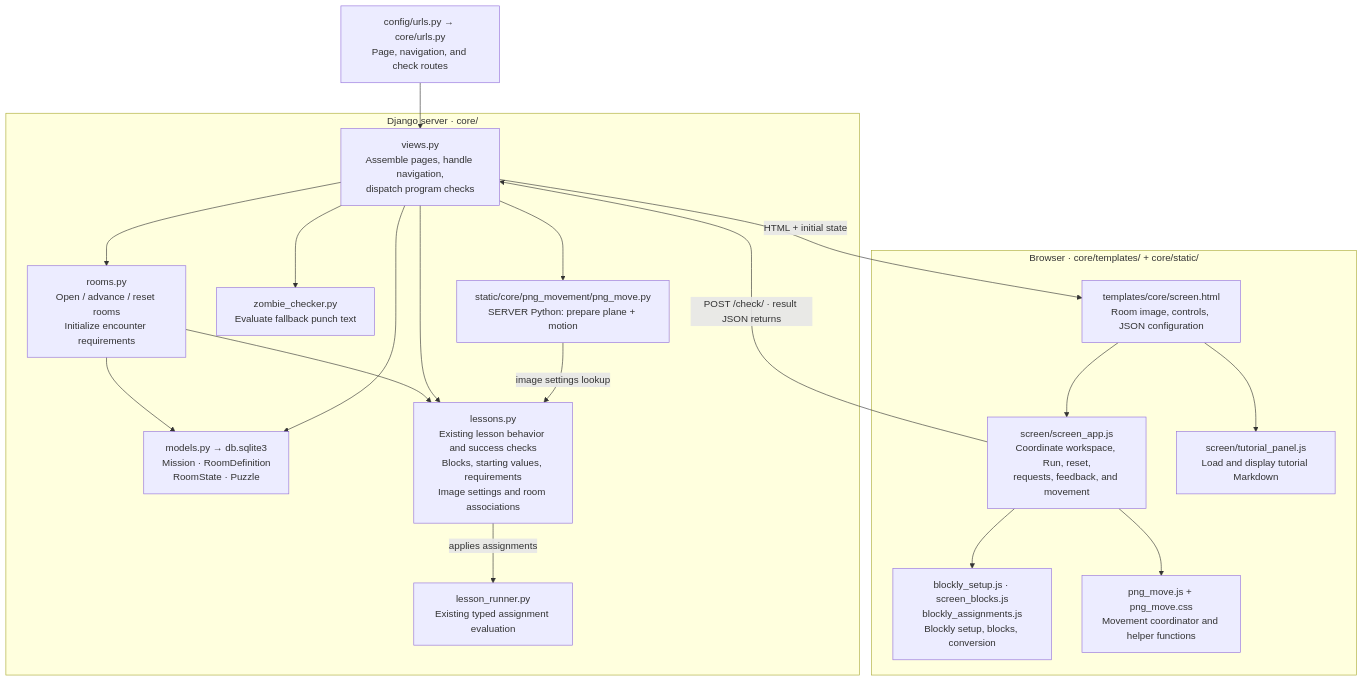
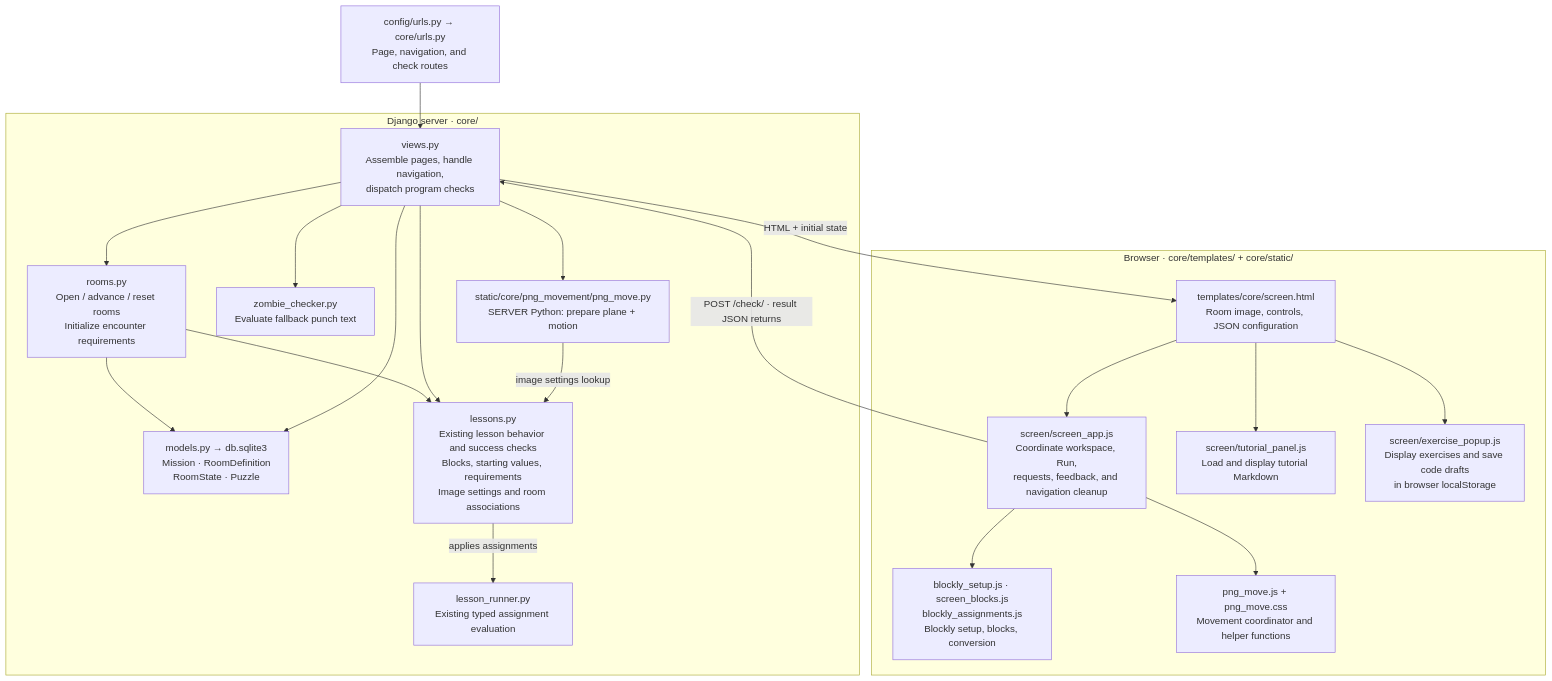
The first of 3 diagrams in project/docs/architecture.md (UCCS-CS4300-5300/group3-fall2026), drawn with Mermaid before and after one commit. The commit also changed other lines of this file and 21 other files, not shown here.

````diff
--- a/project/docs/architecture.md
+++ b/project/docs/architecture.md
@@ -9,39 +9,41 @@
 ```mermaid
 flowchart TB
     URL["config/urls.py → core/urls.py<br/>Page, navigation, and check routes"]
 
     subgraph SERVER["Django server · core/"]
         VIEW["views.py<br/>Assemble pages, handle navigation,<br/>dispatch program checks"]
         ROOM["rooms.py<br/>Open / advance / reset rooms<br/>Initialize encounter requirements"]
         MODEL["models.py → db.sqlite3<br/>Mission · RoomDefinition<br/>RoomState · Puzzle"]
         LESSON["lessons.py<br/>Existing lesson behavior and success checks<br/>Blocks, starting values, requirements<br/>Image settings and room associations"]
         RUNNER["lesson_runner.py<br/>Existing typed assignment evaluation"]
         PUNCH["zombie_checker.py<br/>Evaluate fallback punch text"]
         PLANE["static/core/png_movement/png_move.py<br/>SERVER Python: prepare plane + motion"]
     end
 
     subgraph CLIENT["Browser · core/templates/ + core/static/"]
         PAGE["templates/core/screen.html<br/>Room image, controls, JSON configuration"]
-        APP["screen/screen_app.js<br/>Coordinate workspace, Run, reset,<br/>requests, feedback, and movement"]
+        APP["screen/screen_app.js<br/>Coordinate workspace, Run,<br/>requests, feedback, and navigation cleanup"]
         BLOCK["blockly_setup.js · screen_blocks.js<br/>blockly_assignments.js<br/>Blockly setup, blocks, conversion"]
         MOVE["png_move.js + png_move.css<br/>Movement coordinator and helper functions"]
         TUTORIAL["screen/tutorial_panel.js<br/>Load and display tutorial Markdown"]
+        EXERCISE["screen/exercise_popup.js<br/>Display exercises and save code drafts<br/>in browser localStorage"]
     end
 
     URL --> VIEW
     VIEW --> ROOM
     ROOM --> MODEL
     ROOM --> LESSON
     VIEW --> MODEL
     VIEW --> LESSON
     LESSON -->|"applies assignments"| RUNNER
     VIEW --> PUNCH
     VIEW --> PLANE
     PLANE -->|"image settings lookup"| LESSON
     VIEW -->|"HTML + initial state"| PAGE
     PAGE --> APP
     PAGE --> TUTORIAL
+    PAGE --> EXERCISE
     APP --> BLOCK
     APP --> MOVE
     APP -->|"POST /check/ · result JSON returns"| VIEW
 ```
````
